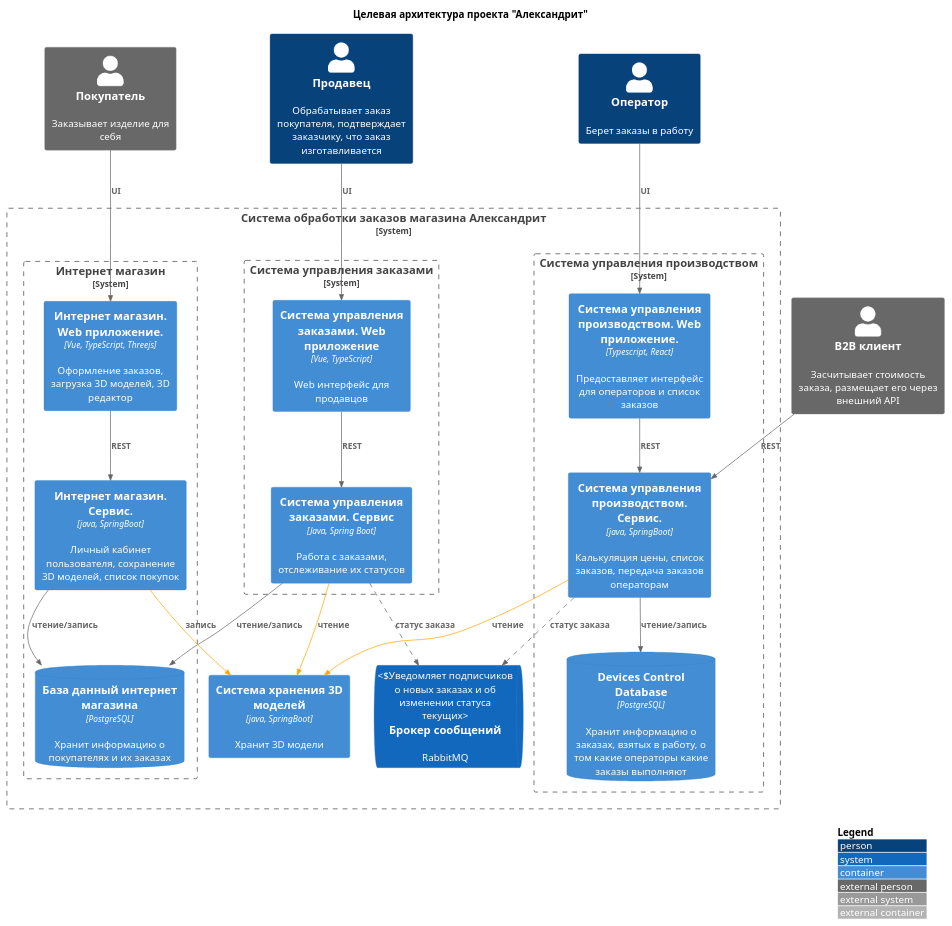
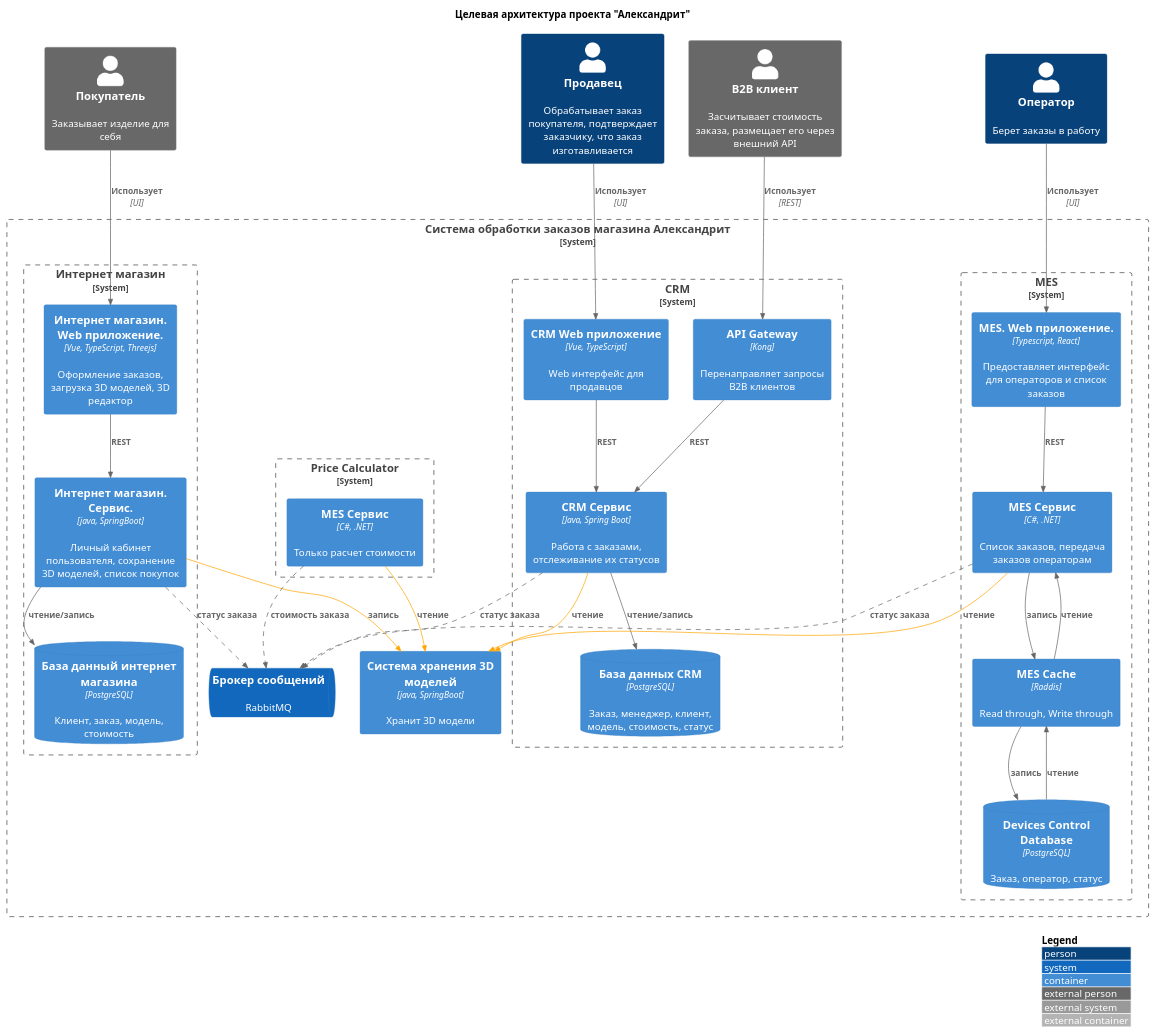
The diagram in Exc1/ TargetArchitecture.puml (aleksey-bardanov/architecture-sprint-4), drawn with PlantUML before and after one commit. The commit also changed 5 other files, not shown here.

```diff
--- a/Exc1/ TargetArchitecture.puml
+++ b/Exc1/ TargetArchitecture.puml
@@ -1,59 +1,73 @@
 @startuml
 !include https://raw.githubusercontent.com/plantuml-stdlib/C4-PlantUML/master/C4_Container.puml
 
 title Целевая архитектура проекта "Александрит"
 
 AddRelTag("brocker_message", $lineStyle = DashedLine())
 AddRelTag("3d_models", $lineColor = "Orange")
 
 LAYOUT_WITH_LEGEND()
 
 Person_Ext(customer, "Покупатель", "Заказывает изделие для себя")
 Person(seller, "Продавец", "Обрабатывает заказ покупателя, подтверждает заказчику, что заказ изготавливается")
 Person_Ext(api_user, "B2B клиент", "Засчитывает стоимость заказа, размещает его через внешний API")
 Person(operator, "Оператор", "Берет заказы в работу")
 
 System_Boundary(jewerly_store, "Система обработки заказов магазина Александрит") {
-    System_Boundary(mes, "Система управления производством") {
-        Container(mes_fe, "Система управления производством. Web приложение.", "Typescript, React", "Предоставляет интерфейс для операторов и список заказов")
-        Container(mes_be, "Система управления производством. Сервис.", "java, SpringBoot", "Калькуляция цены, список заказов, передача заказов операторам")
-        ContainerDb(mes_db, "Devices Control Database", "PostgreSQL", "Хранит информацию о заказах, взятых в работу, о том какие операторы какие заказы выполняют")
+    System_Boundary(mes, "MES") {
+        Container(mes_fe, "MES. Web приложение.", "Typescript, React", "Предоставляет интерфейс для операторов и список заказов")
+        Container(mes_be_manufactory, "MES Сервис", "C#, .NET", "Список заказов, передача заказов операторам")
+        Container(mes_cache, "MES Cache", "Raddis", "Read through, Write through")
+        ContainerDb(mes_db, "Devices Control Database", "PostgreSQL", "Заказ, оператор, статус")
     }
 
     Container(3d_files_storage, "Система хранения 3D моделей", "java, SpringBoot", "Хранит 3D модели")
 
-    System_Boundary(sensors, "Система управления заказами") {
-        Container(crm_fe, "Система управления заказами. Web приложение", "Vue, TypeScript", "Web интерфейс для продавцов")
-        Container(crm_be, "Система управления заказами. Сервис", "Java, Spring Boot", "Работа с заказами, отслеживание их статусов")
+    System_Boundary(crm, "CRM") {
+        Container(crm_fe, "CRM Web приложение", "Vue, TypeScript", "Web интерфейс для продавцов")
+        Container(api_gateway, "API Gateway", "Kong", "Перенаправляет запросы  B2B клиентов")
+        Container(crm_be, "CRM Сервис", "Java, Spring Boot", "Работа с заказами, отслеживание их статусов")
+        ContainerDb(crm_db, "База данных CRM", "PostgreSQL", "Заказ, менеджер, клиент, модель, стоимость, статус")
+    }
+
+    System_Boundary(price_calculator, "Price Calculator") {
+        Container(mes_be_price, "MES Сервис", "C#, .NET", "Только расчет стоимости")
     }
     
     System_Boundary(shop, "Интернет магазин") {
         Container(shop_fe, "Интернет магазин. Web приложение.", "Vue, TypeScript, Threejs", "Оформление заказов, загрузка 3D моделей, 3D редактор")
         Container(shop_be, "Интернет магазин. Сервис.", "java, SpringBoot", "Личный кабинет пользователя, сохранение 3D моделей, список покупок")
-        ContainerDb(shop_db, "База данный интернет магазина", "PostgreSQL", "Хранит информацию о покупателях и их заказах")
+        ContainerDb(shop_db, "База данный интернет магазина", "PostgreSQL", "Клиент, заказ, модель, стоимость")
     }
     
-    SystemQueue(message_brocker, "Брокер сообщений", "RabbitMQ", "Уведомляет подписчиков о новых заказах и об изменении статуса текущих")
+    SystemQueue(message_brocker, "Брокер сообщений", "RabbitMQ")
 }
 
-Rel(customer, shop_fe, "UI")
-Rel(seller, crm_fe, "UI")
-Rel(api_user, mes_be, "REST")
-Rel(operator, mes_fe, "UI")
+Rel(customer, shop_fe, "Использует", "UI")
+Rel(seller, crm_fe, "Использует", "UI")
+Rel(api_user, api_gateway, "Использует", "REST")
+Rel(operator, mes_fe, "Использует", "UI")
 
 Rel(shop_fe, shop_be, "REST")
 Rel(crm_fe, crm_be, "REST")
-Rel(mes_fe, mes_be, "REST")
+Rel(api_gateway, crm_be, "REST")
+Rel(mes_fe, mes_be_manufactory, "REST")
 
 Rel(shop_be, shop_db, "чтение/запись")
-Rel(crm_be, shop_db, "чтение/запись")
-Rel(mes_be, mes_db, "чтение/запись")
+Rel(crm_be, crm_db, "чтение/запись")
+Rel(mes_be_manufactory, mes_cache, "запись")
+Rel(mes_cache, mes_be_manufactory, "чтение")
+Rel(mes_cache, mes_db, "запись")
+Rel(mes_db, mes_cache, "чтение")
 
 Rel(shop_be, 3d_files_storage, "запись", $tags="3d_models")
 Rel(crm_be, 3d_files_storage, "чтение", $tags="3d_models")
-Rel(mes_be, 3d_files_storage, "чтение", $tags="3d_models")
+Rel(mes_be_manufactory, 3d_files_storage, "чтение", $tags="3d_models")
+Rel(mes_be_price, 3d_files_storage, "чтение", $tags="3d_models")
 
+Rel(shop_be, message_brocker, "статус заказа", $tags="brocker_message")
 Rel(crm_be, message_brocker, "статус заказа", $tags="brocker_message")
-Rel(mes_be, message_brocker, "статус заказа", $tags="brocker_message")
+Rel(mes_be_manufactory, message_brocker, "статус заказа", $tags="brocker_message")
+Rel(mes_be_price, message_brocker, "стоимость заказа", $tags="brocker_message")
 
 @enduml
```
